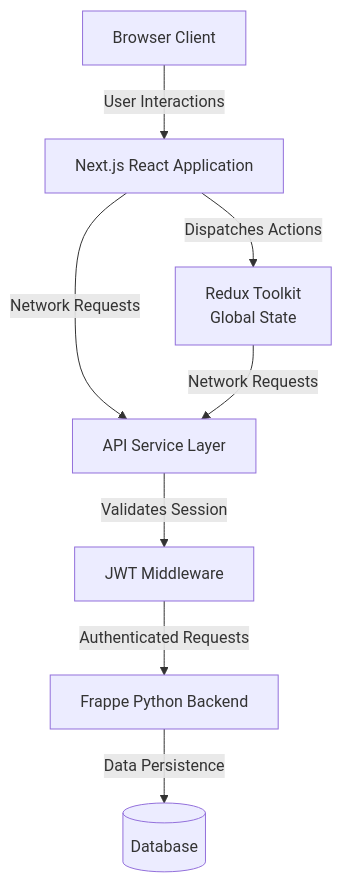
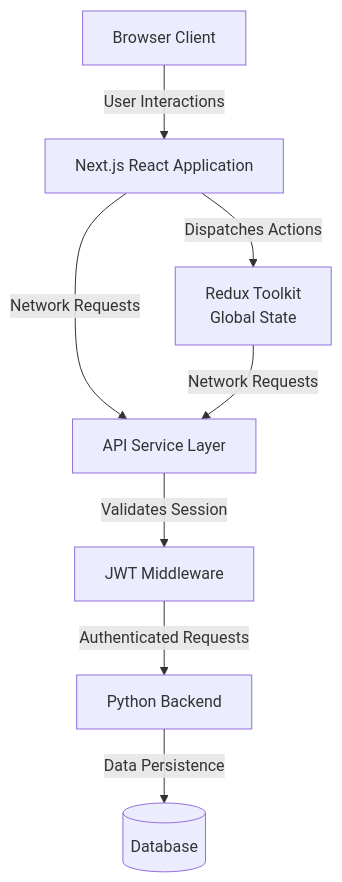
Before and after one commit to simretyibeltal-commits/OAN-Access-To-Credit-System: the diagram in README.md, drawn with Mermaid. The commit also changed 5 other files, not shown here.

````diff
--- a/README.md
+++ b/README.md
@@ -15,18 +15,18 @@
 ```mermaid
 graph TD
     Client[Browser Client]
     Next[Next.js React Application]
     Redux[Redux Toolkit\nGlobal State]
     API[API Service Layer]
     Auth[JWT Middleware]
-    Backend[Frappe Python Backend]
+    Backend[Python Backend]
     DB[(Database)]
 
     Client -->|User Interactions| Next
     Next -->|Dispatches Actions| Redux
     Next -->|Network Requests| API
     Redux -->|Network Requests| API
     API -->|Validates Session| Auth
     Auth -->|Authenticated Requests| Backend
     Backend -->|Data Persistence| DB
 ```
````
